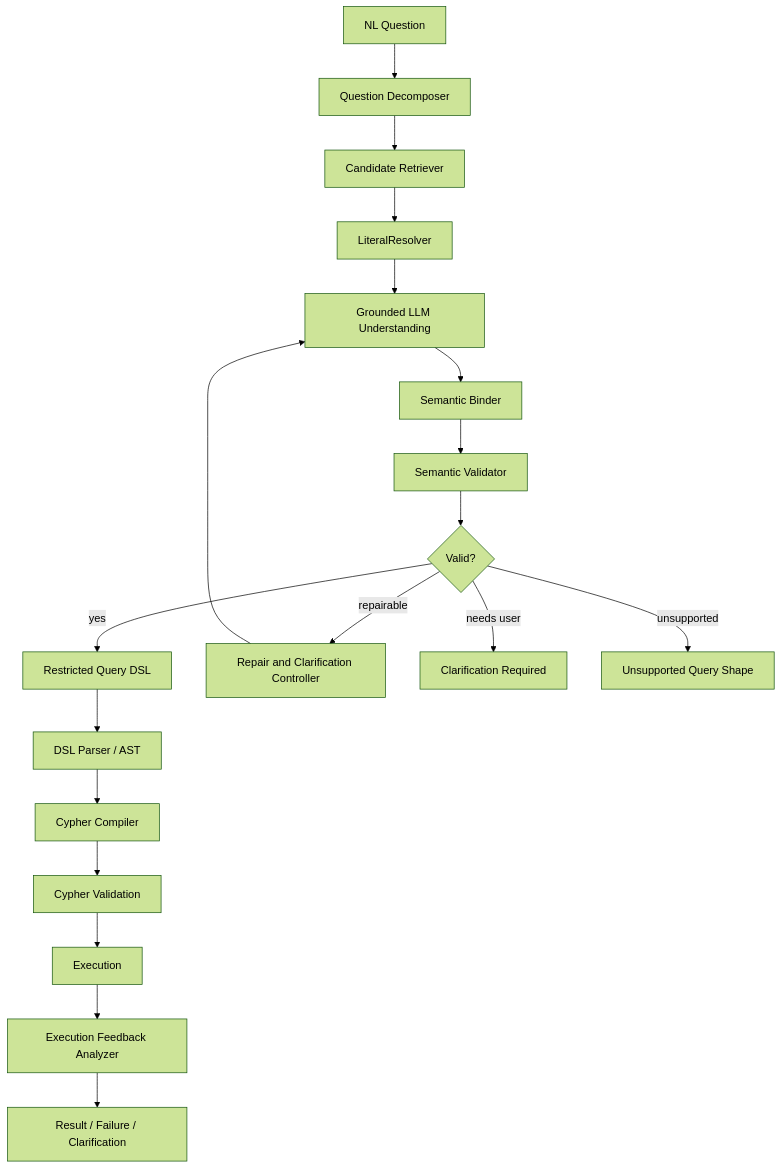
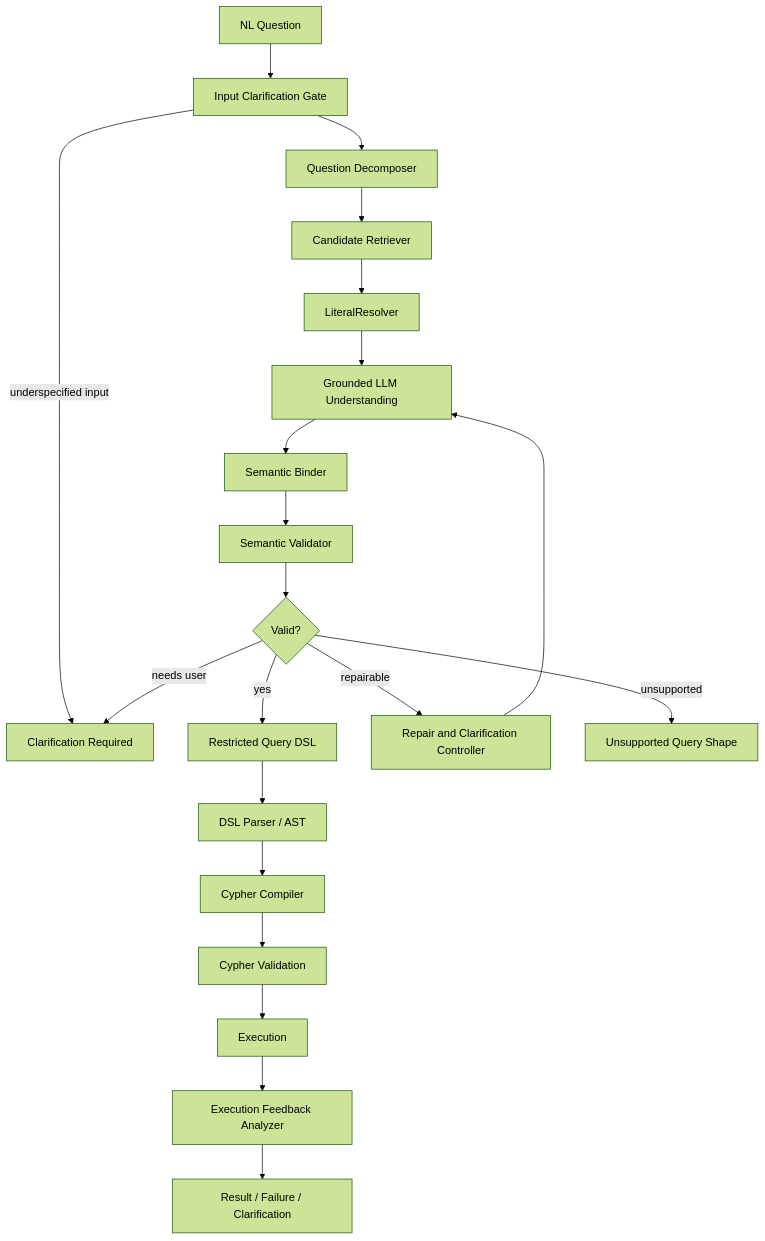
Before and after one commit to mangow0527/NL2Cypher: the diagram in docs/superpowers/specs/osi-cypher-generation/2026-05-27-overall-architecture-design.md, drawn with Mermaid (forest theme). The commit also changed other lines of this file and 5 other files, not shown here.

````diff
--- a/docs/superpowers/specs/osi-cypher-generation/2026-05-27-overall-architecture-design.md
+++ b/docs/superpowers/specs/osi-cypher-generation/2026-05-27-overall-architecture-design.md
@@ -47,21 +47,23 @@
 ```mermaid
 flowchart TD
-  A["NL Question"] --> B["Question Decomposer"]
+  A["NL Question"] --> A1["Input Clarification Gate"]
+  A1 --> B["Question Decomposer"]
+  A1 -->|"underspecified input"| K["Clarification Required"]
   B --> C["Candidate Retriever"]
   C --> D["LiteralResolver"]
   D --> E["Grounded LLM Understanding"]
   E --> F["Semantic Binder"]
   F --> G["Semantic Validator"]
   G --> H{"Valid?"}
   H -->|"yes"| I["Restricted Query DSL"]
   H -->|"repairable"| J["Repair and Clarification Controller"]
   J --> E
   H -->|"needs user"| K["Clarification Required"]
   H -->|"unsupported"| L["Unsupported Query Shape"]
   I --> M["DSL Parser / AST"]
   M --> N["Cypher Compiler"]
   N --> O["Cypher Validation"]
   O --> P["Execution"]
   P --> Q["Execution Feedback Analyzer"]
   Q --> R["Result / Failure / Clarification"]
 ```
````
